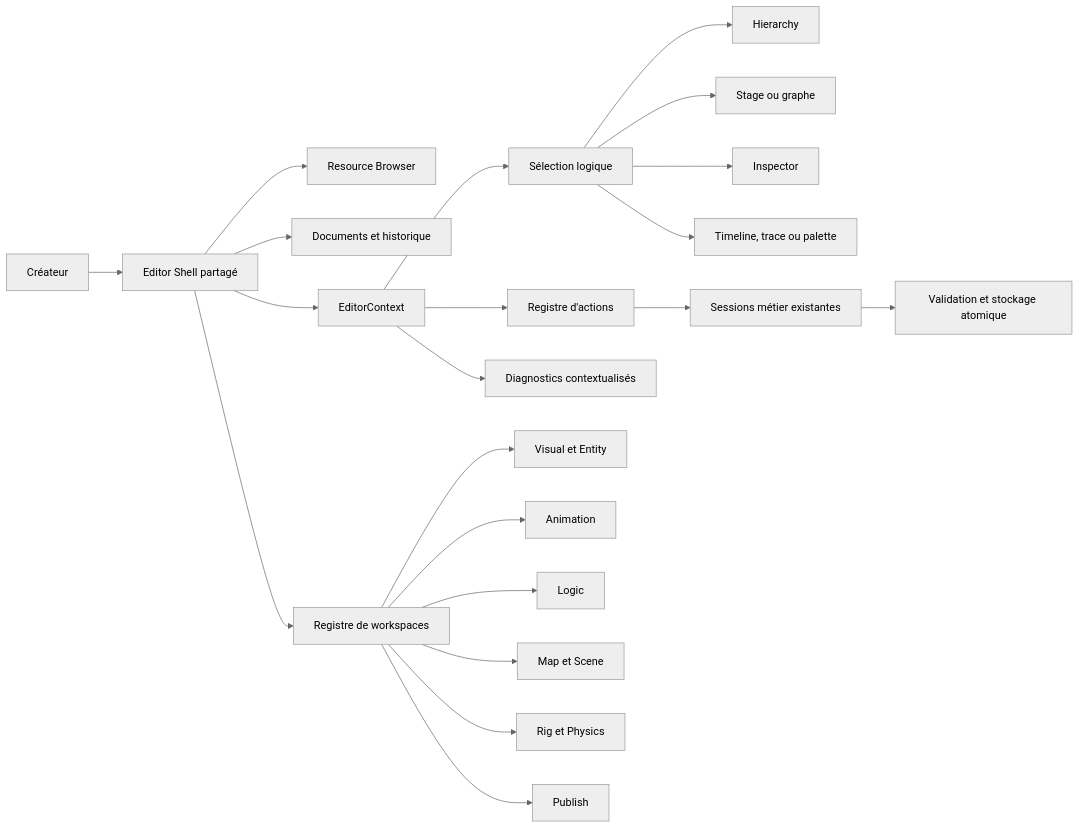
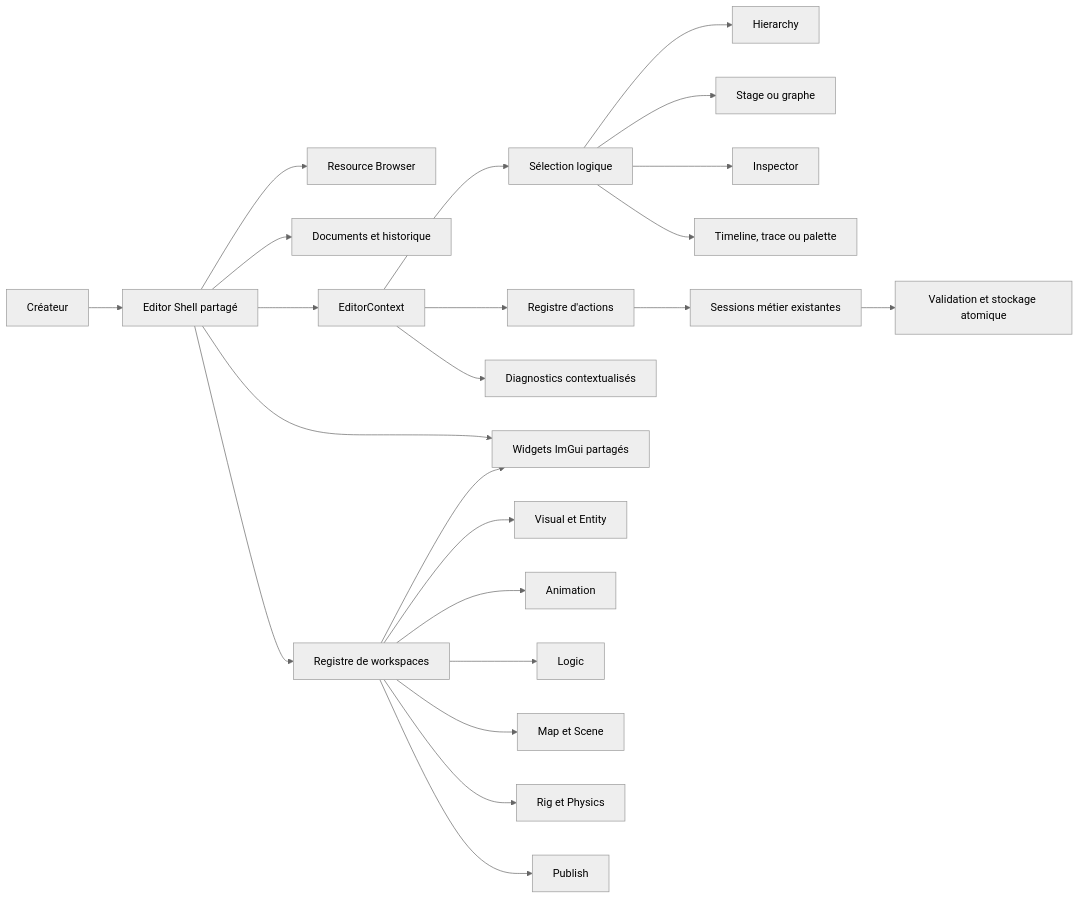
The second of 3 diagrams in docs/architecture/components/studio-ux.md (tristan-monticelli/vertex-loom), drawn with Mermaid (neutral theme) before and after one commit. The commit also changed other lines of this file and 3 other files, not shown here.

````diff
--- a/docs/architecture/components/studio-ux.md
+++ b/docs/architecture/components/studio-ux.md
@@ -146,23 +146,25 @@
 ```mermaid
 flowchart LR
     User[Créateur] --> Shell[Editor Shell partagé]
     Shell --> Browser[Resource Browser]
     Shell --> Tabs[Documents et historique]
     Shell --> Context[EditorContext]
+    Shell --> SharedWidgets[Widgets ImGui partagés]
     Context --> Selection[Sélection logique]
     Context --> Actions[Registre d'actions]
     Context --> Diagnostics[Diagnostics contextualisés]
     Shell --> Workspaces[Registre de workspaces]
+    Workspaces --> SharedWidgets
     Workspaces --> Visual[Visual et Entity]
     Workspaces --> Animation[Animation]
     Workspaces --> Logic[Logic]
     Workspaces --> Map[Map et Scene]
     Workspaces --> Rig[Rig et Physics]
     Workspaces --> Publish[Publish]
     Selection --> Hierarchy[Hierarchy]
     Selection --> Stage[Stage ou graphe]
     Selection --> Inspector[Inspector]
     Selection --> TaskDock[Timeline, trace ou palette]
     Actions --> Sessions[Sessions métier existantes]
     Sessions --> Storage[Validation et stockage atomique]
 ```
````
